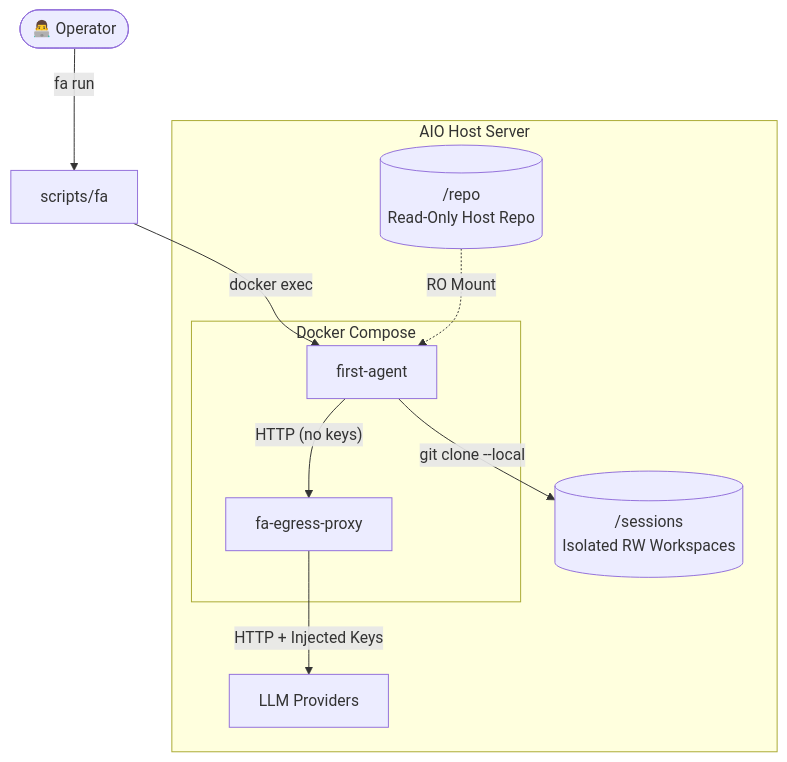
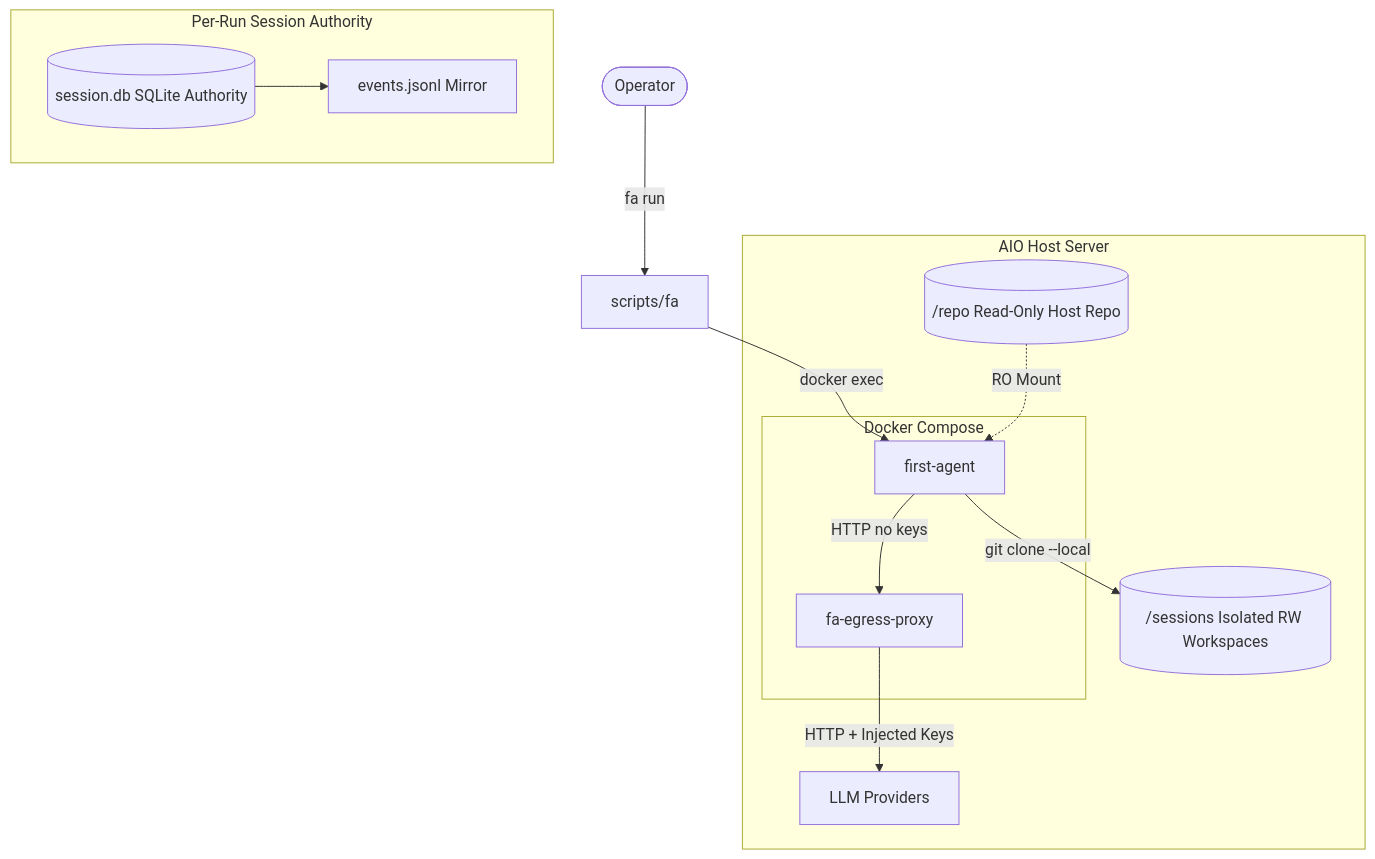
The diagram in README.md (first-agent-dev/First-Agent-dev), drawn with Mermaid before and after one commit. The commit also changed other lines of this file and 107 other files, not shown here.

````diff
--- a/README.md
+++ b/README.md
@@ -22,20 +23,26 @@
 ```mermaid
 graph TD
-    User([👨‍💻 Operator]) -->|fa run| HostWrapper[scripts/fa]
+    User([Operator]) -->|fa run| HostWrapper[scripts/fa]
     HostWrapper -->|docker exec| AgentContainer
-    
+
     subgraph AIO Server [AIO Host Server]
-        Repo[(/repo \n Read-Only Host Repo)]
-        
+        Repo[(/repo Read-Only Host Repo)]
+
         subgraph Docker Compose
             ProxyContainer[fa-egress-proxy]
             AgentContainer[first-agent]
         end
-        
-        AgentContainer -- HTTP (no keys) --> ProxyContainer
+
+        AgentContainer -- HTTP no keys --> ProxyContainer
         ProxyContainer -- HTTP + Injected Keys --> LLM[LLM Providers]
-        
+
         Repo -.->|RO Mount| AgentContainer
-        AgentContainer -->|git clone --local| Sessions[(/sessions \n Isolated RW Workspaces)]
+        AgentContainer -->|git clone --local| Sessions[(/sessions Isolated RW Workspaces)]
+    end
+
+    subgraph Session Data [Per-Run Session Authority]
+        SessionDB[(session.db SQLite Authority)]
+        JSONL[events.jsonl Mirror]
+        SessionDB --> JSONL
     end
 ```
````
